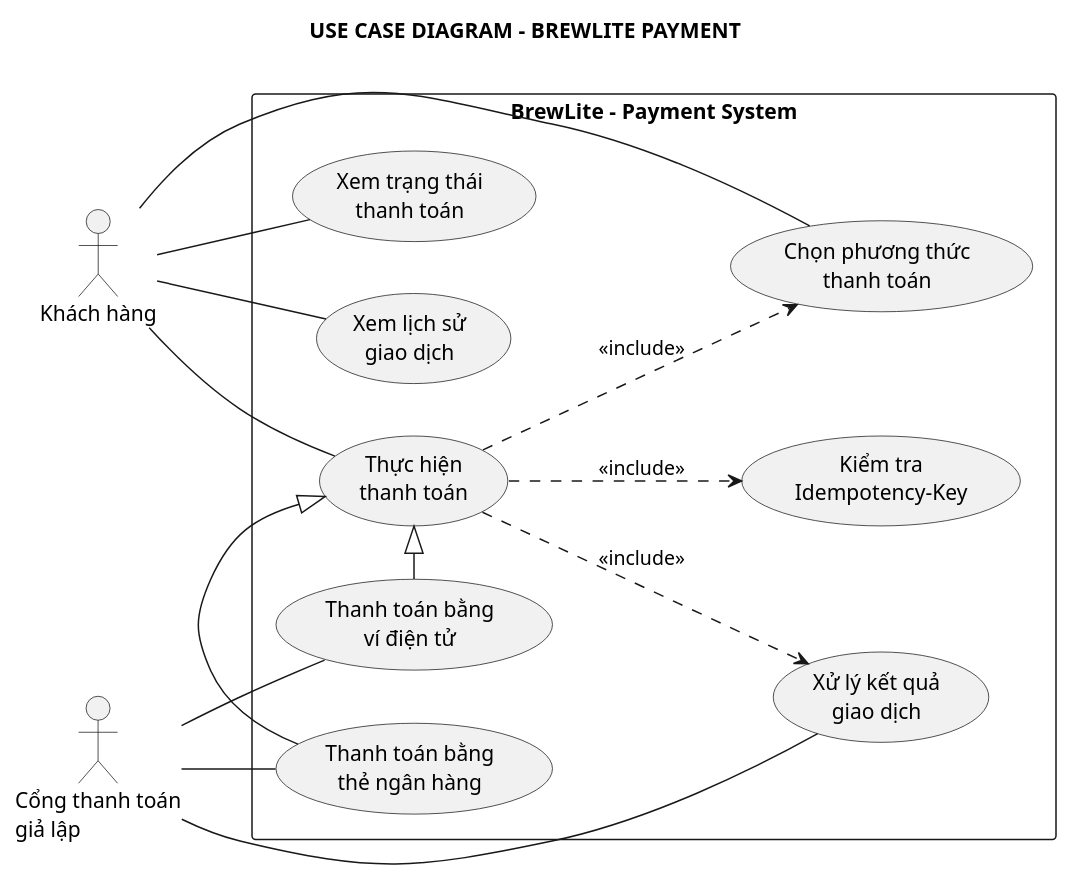
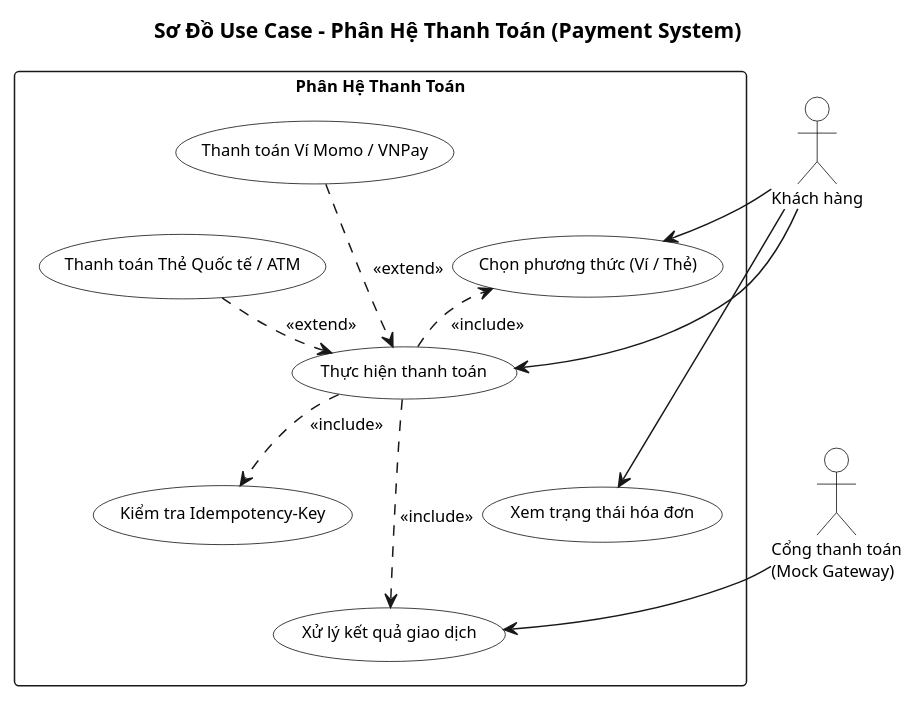
Before and after one commit to ChienPM-27/BrewLite_02: the diagram in docs/payment/usecase-payment.puml, drawn with PlantUML. The commit also changed 178 other files, not shown here.

Commit message:
docs(report): optimize diagrams layout and swimlanes for latex compilation

```diff
--- a/docs/payment/usecase-payment.puml
+++ b/docs/payment/usecase-payment.puml
@@ -1,38 +1,52 @@
-@startuml
-title USE CASE DIAGRAM - BREWLITE PAYMENT
+@startuml usecase-payment
+title Sơ Đồ Use Case - Phân Hệ Thanh Toán (Payment System)
 
-left to right direction
+skinparam defaultFontName Arial
 skinparam shadowing false
-skinparam packageStyle rectangle
-skinparam defaultFontName Arial
+skinparam roundcorner 6
+skinparam defaultFontSize 11
+skinparam nodesep 12
+skinparam ranksep 14
+
+skinparam actor {
+    BackgroundColor white
+    BorderColor black
+}
+skinparam usecase {
+    BackgroundColor white
+    BorderColor black
+}
 
 actor "Khách hàng" as Customer
-actor "Cổng thanh toán\ngiả lập" as Gateway
 
-rectangle "BrewLite - Payment System" {
-    usecase "Chọn phương thức\nthanh toán" as UC1
-    usecase "Thực hiện\nthanh toán" as UC2
-    usecase "Thanh toán bằng\nví điện tử" as UC3
-    usecase "Thanh toán bằng\nthẻ ngân hàng" as UC4
-    usecase "Xem trạng thái\nthanh toán" as UC5
-    usecase "Xem lịch sử\ngiao dịch" as UC6
-    usecase "Kiểm tra\nIdempotency-Key" as UC7
-    usecase "Xử lý kết quả\ngiao dịch" as UC8
+rectangle "Phân Hệ Thanh Toán" {
+    usecase "Chọn phương thức (Ví / Thẻ)" as UC1
+    usecase "Thực hiện thanh toán" as UC2
+    usecase "Thanh toán Ví Momo / VNPay" as UC3
+    usecase "Thanh toán Thẻ Quốc tế / ATM" as UC4
+    usecase "Kiểm tra Idempotency-Key" as UC7
+    usecase "Xử lý kết quả giao dịch" as UC8
+    usecase "Xem trạng thái hóa đơn" as UC5
 }
 
-Customer -- UC1
-Customer -- UC2
-Customer -- UC5
-Customer -- UC6
+actor "Cổng thanh toán\n(Mock Gateway)" as Gateway
+
+Customer --> UC1
+Customer --> UC2
+Customer --> UC5
 
 UC2 ..> UC1 : <<include>>
 UC2 ..> UC7 : <<include>>
 UC2 ..> UC8 : <<include>>
 
-UC3 -|> UC2
-UC4 -|> UC2
+UC3 ..> UC2 : <<extend>>
+UC4 ..> UC2 : <<extend>>
 
-Gateway -- UC3
-Gateway -- UC4
-Gateway -- UC8
+Gateway --> UC8
+
+UC1 -[hidden]down-> UC2
+UC2 -[hidden]down-> UC5
+UC3 -[hidden]down-> UC4
+UC7 -[hidden]down-> UC8
+UC4 -[hidden]down-> UC7
 @enduml
```
